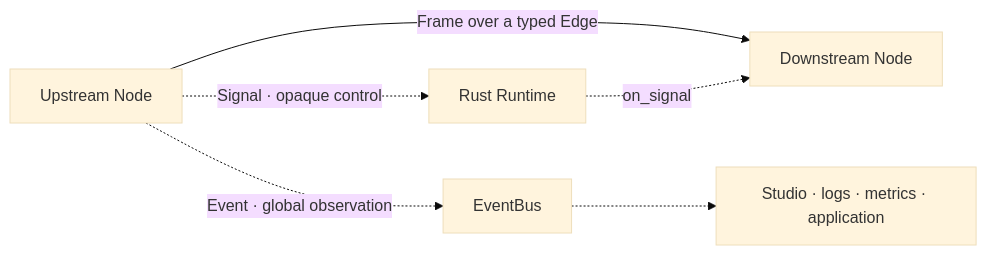
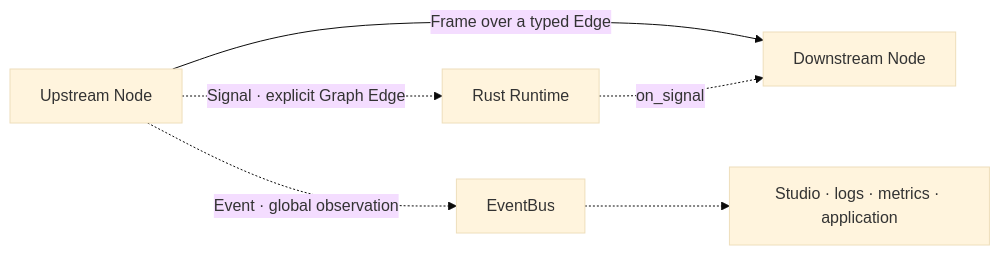
Before and after one commit to PiyotaHu/Voxa: the diagram in docs/site/en/realtime-control.md, drawn with Mermaid (base theme). The commit also changed other lines of this file and 67 other files, not shown here.

````diff
--- a/docs/site/en/realtime-control.md
+++ b/docs/site/en/realtime-control.md
@@ -9,8 +9,8 @@
 ```mermaid
 flowchart LR
     N1["Upstream Node"] -->|"Frame over a typed Edge"| N2["Downstream Node"]
-    N1 -.->|"Signal · opaque control"| R["Rust Runtime"]
+    N1 -.->|"Signal · explicit Graph Edge"| R["Rust Runtime"]
     N1 -.->|"Event · global observation"| B["EventBus"]
     R -.->|"on_signal"| N2
     B -.-> UI["Studio · logs · metrics · application"]
 ```
````
